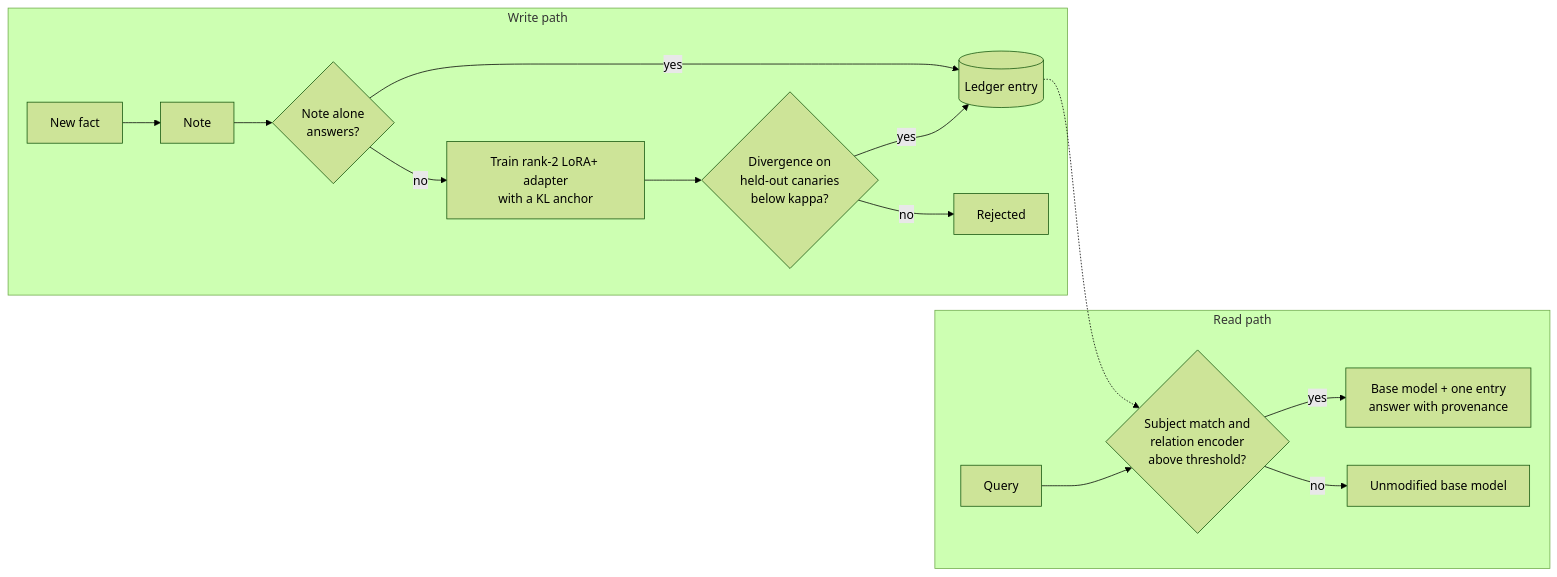
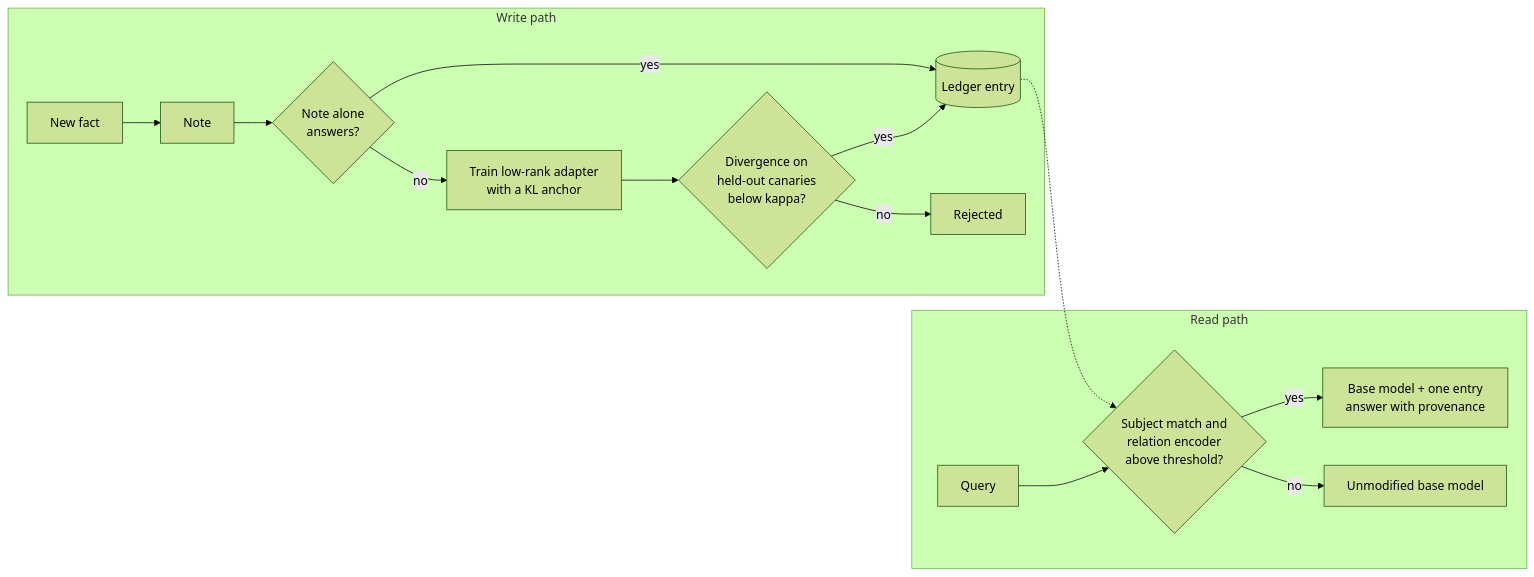
Before and after one commit to kaelvalen/relic: the diagram in README.md, drawn with Mermaid (forest theme). The commit also changed other lines of this file, not shown here.

````diff
--- a/README.md
+++ b/README.md
@@ -25,18 +25,18 @@
 ```mermaid
 flowchart LR
     subgraph write [Write path]
         F[New fact] --> N[Note]
         N --> T{Note alone<br/>answers?}
-        T -- no --> A[Train rank-2 LoRA+ adapter<br/>with a KL anchor]
+        T -- no --> A[Train low-rank adapter<br/>with a KL anchor]
         A --> G{Divergence on<br/>held-out canaries<br/>below kappa?}
         G -- yes --> S[(Ledger entry)]
         G -- no --> R[Rejected]
         T -- yes --> S
     end
     subgraph read [Read path]
         Q[Query] --> M{Subject match and<br/>relation encoder<br/>above threshold?}
         M -- yes --> E[Base model + one entry<br/>answer with provenance]
         M -- no --> B[Unmodified base model]
     end
     S -.-> M
 ```
````
